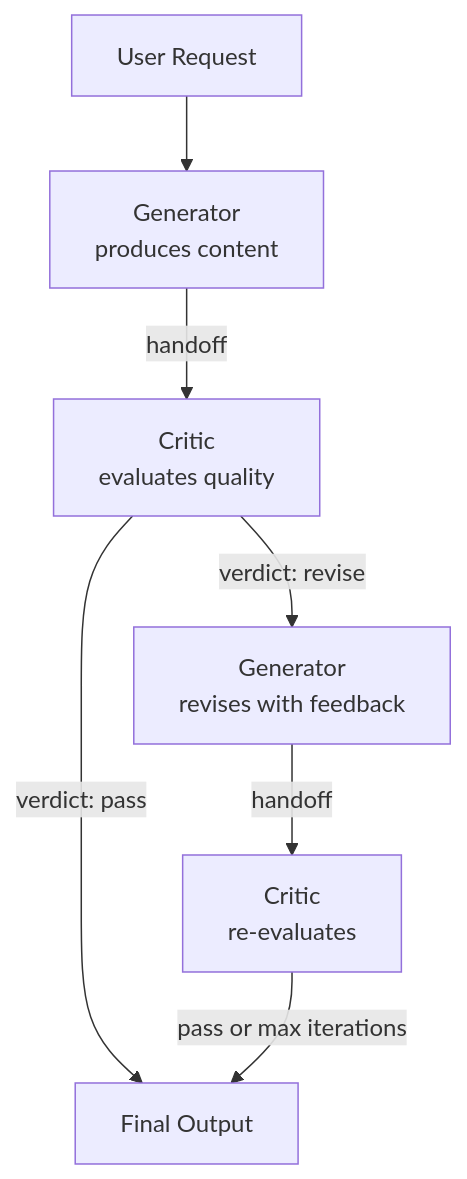
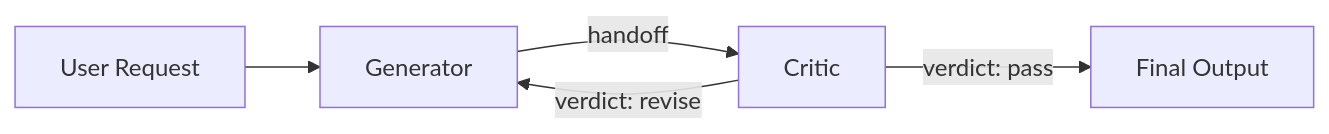
The diagram in patterns/reflection/README.md (uid4oe/agent-orchestration-patterns), drawn with Mermaid before and after one commit. The commit also changed 7 other files, not shown here.

First line of the commit message:
refactor(frontend): remove Event Flow section, unify mermaid graphs, fix bull avatar

````diff
--- a/patterns/reflection/README.md
+++ b/patterns/reflection/README.md
@@ -13,9 +13,7 @@
 ```mermaid
-graph TB
-    Input[User Request] --> Gen1[Generator<br/>produces content]
-    Gen1 -->|handoff| Critic1[Critic<br/>evaluates quality]
-    Critic1 -->|verdict: pass| Output[Final Output]
-    Critic1 -->|verdict: revise| Gen2[Generator<br/>revises with feedback]
-    Gen2 -->|handoff| Critic2[Critic<br/>re-evaluates]
-    Critic2 -->|pass or max iterations| Output
+graph LR
+    Input[User Request] --> Generator[Generator]
+    Generator -->|handoff| Critic[Critic]
+    Critic -->|verdict: pass| Output[Final Output]
+    Critic -->|verdict: revise| Generator
 ```
````
